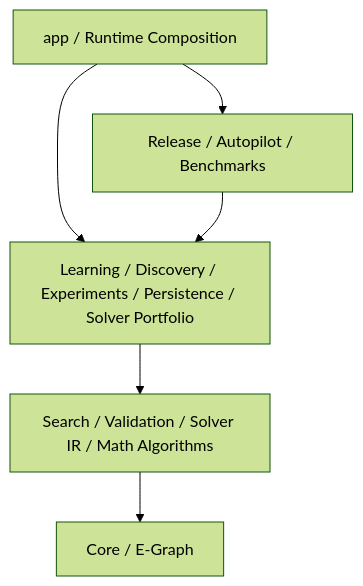
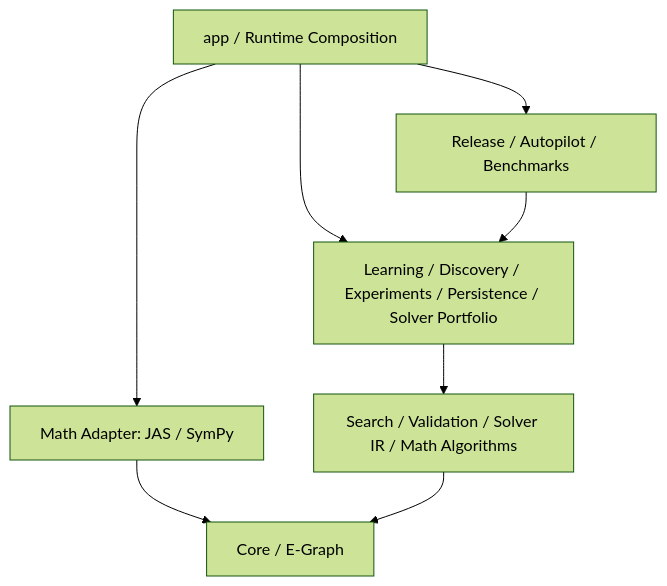
The diagram in docs/module-structure.md (carstenartur/Regelsuche), drawn with Mermaid (forest theme) before and after one commit. The commit also changed other lines of this file, not shown here.

First line of the commit message:
Document the dedicated embedded SymPy module

````diff
--- a/docs/module-structure.md
+++ b/docs/module-structure.md
@@ -37,14 +38,17 @@
 ```mermaid
 flowchart TD
     app[app / Runtime Composition]
     release[Release / Autopilot / Benchmarks]
     capability[Learning / Discovery / Experiments / Persistence / Solver Portfolio]
+    adapter[Math Adapter: JAS / SymPy]
     foundation[Search / Validation / Solver IR / Math Algorithms]
     core[Core / E-Graph]
 
     app --> release
     app --> capability
+    app --> adapter
     release --> capability
     capability --> foundation
+    adapter --> core
     foundation --> core
 ```
````
